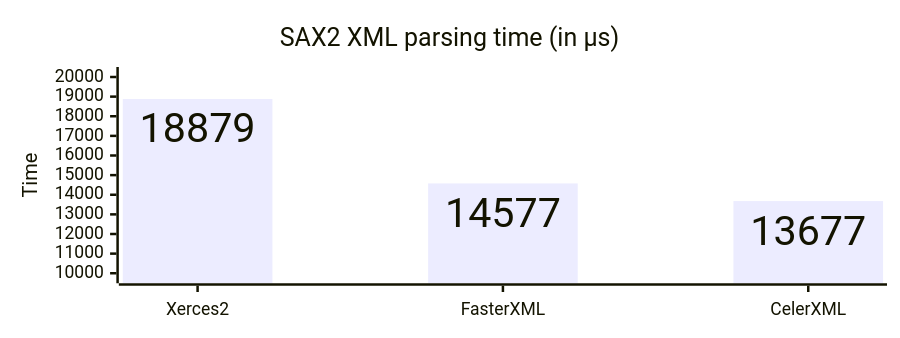
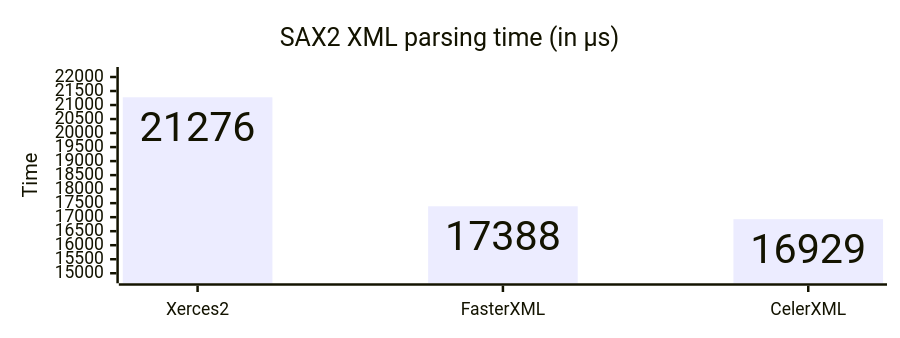
One commit to celersms/celerxml changed the second of 3 diagrams in benchmark/README.md. Above: the diagram before and after it, drawn with Mermaid. The commit also changed other lines of this file, not shown here.

````diff
--- a/benchmark/README.md
+++ b/benchmark/README.md
@@ -64,13 +64,13 @@
 ```mermaid
 ---
 config:
   xyChart:
     height: 250
     showDataLabel: true
 ---
 xychart
     title "SAX2 XML parsing time (in µs)"
     x-axis [Xerces2, FasterXML, CelerXML]
-    y-axis Time 10000 --> 20000
-    bar [18879, 14577, 13677]
+    y-axis Time 15000 --> 22000
+    bar [21276, 17388, 16929]
 ```
````
